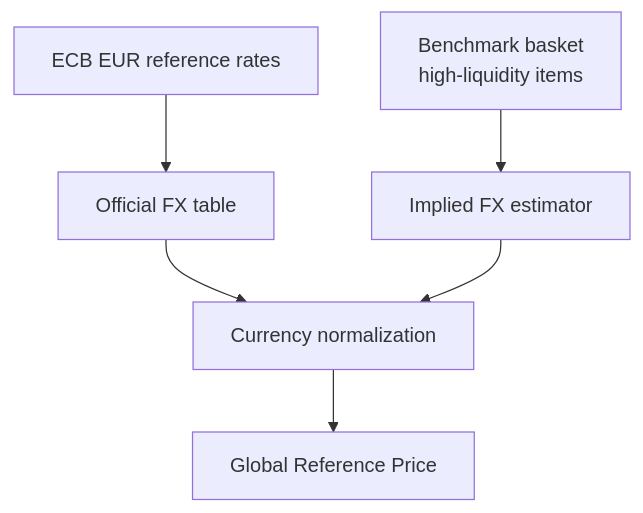
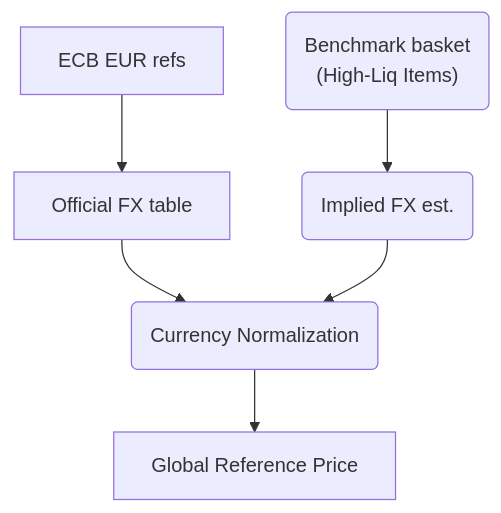
Before and after one commit to vorkuta1/cs2-grp-case-study: the second of 2 diagrams in docs/architecture.md, drawn with Mermaid. The commit also changed other lines of this file, not shown here.

````diff
--- a/docs/architecture.md
+++ b/docs/architecture.md
@@ -25,8 +25,8 @@
 ```mermaid
 flowchart TB
-  ECB["ECB EUR reference rates"] --> FX1["Official FX table"]
-  Bench["Benchmark basket<br/>high-liquidity items"] --> IFX["Implied FX estimator"]
-  FX1 --> Norm["Currency normalization"]
+  ECB[ECB EUR refs] --> FX1[Official FX table]
+  Bench("Benchmark basket<br/>(High-Liq Items)") --> IFX("Implied FX est.")
+  FX1 --> Norm("Currency Normalization")
   IFX --> Norm
-  Norm --> GRP["Global Reference Price"]
+  Norm --> GRP[Global Reference Price]
 ```
````
